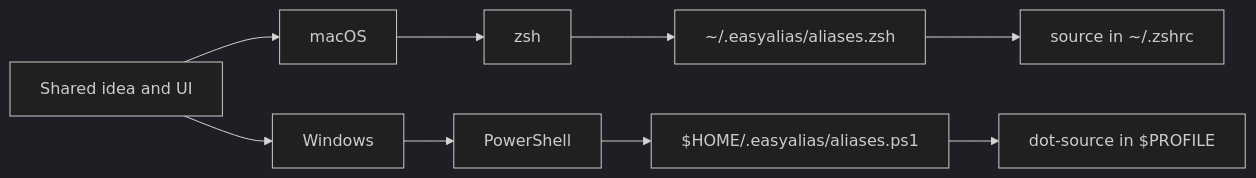
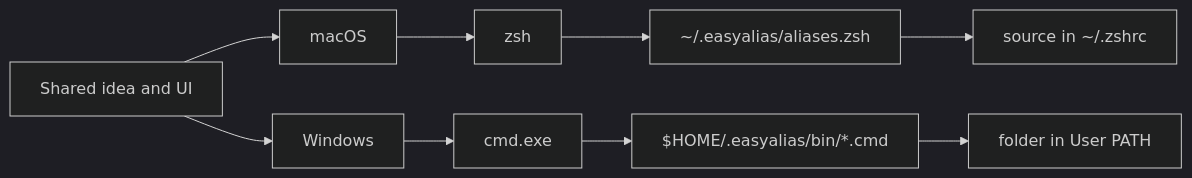
The third of 4 diagrams in README.md (hannesgnann-hub/easyalias), drawn with Mermaid (dark theme) before and after one commit. The commit also changed other lines of this file and 5 other files, not shown here.

````diff
--- a/README.md
+++ b/README.md
@@ -143,14 +143,14 @@
 ```mermaid
 flowchart LR
   Shared["Shared idea and UI"]
   Shared --> Mac["macOS"]
   Shared --> Win["Windows"]
 
   Mac --> Zsh["zsh"]
   Zsh --> ZshFile["~/.easyalias/aliases.zsh"]
   ZshFile --> Zshrc["source in ~/.zshrc"]
 
-  Win --> PowerShell["PowerShell"]
-  PowerShell --> PsFile["$HOME/.easyalias/aliases.ps1"]
-  PsFile --> Profile["dot-source in $PROFILE"]
+  Win --> Cmd["cmd.exe"]
+  Cmd --> Bin["$HOME/.easyalias/bin/*.cmd"]
+  Bin --> Path["folder in User PATH"]
 ```
````
